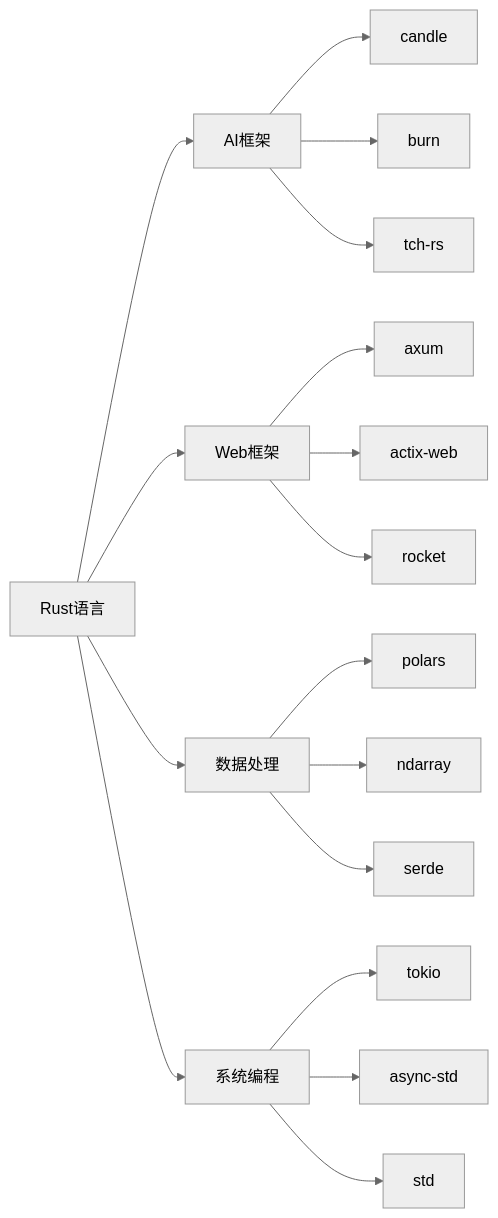
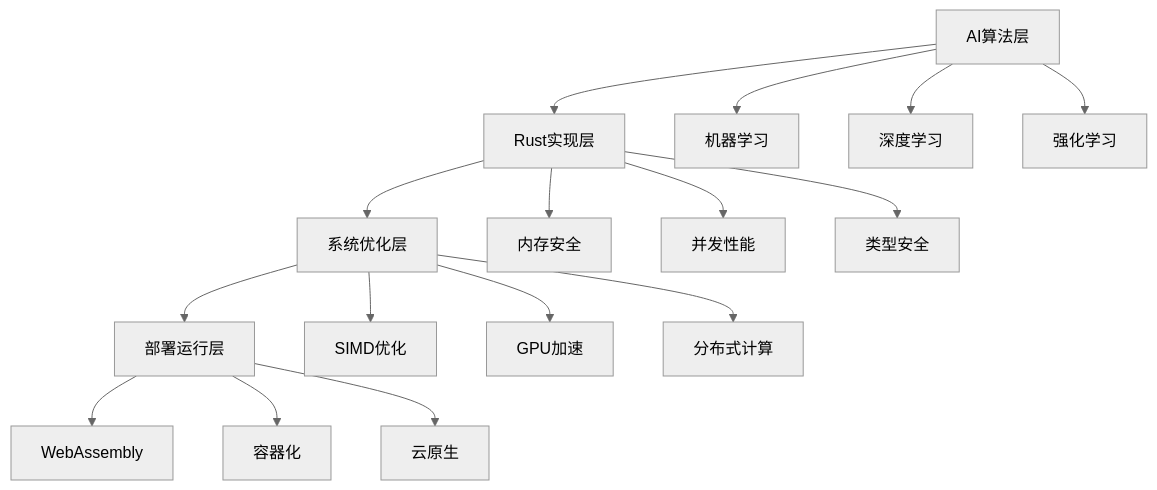
One commit to AdaMartin18010/AI_rust changed the second of 3 diagrams in docs/03_tech_trends/2025_ai_rust_technology_trends_comprehensive_report.md. Above: the diagram before and after it, drawn with Mermaid (neutral theme). The commit also changed other lines of this file and 10 other files, not shown here.

````diff
--- a/docs/03_tech_trends/2025_ai_rust_technology_trends_comprehensive_report.md
+++ b/docs/03_tech_trends/2025_ai_rust_technology_trends_comprehensive_report.md
@@ -208,23 +685,22 @@
 ```mermaid
-graph LR
-    A[Rust语言] --> B[AI框架]
-    A --> C[Web框架]
-    A --> D[数据处理]
-    A --> E[系统编程]
+graph TD
+    A[AI算法层] --> B[Rust实现层]
+    B --> C[系统优化层]
+    C --> D[部署运行层]
     
-    B --> F[candle]
-    B --> G[burn]
-    B --> H[tch-rs]
+    A --> E[机器学习]
+    A --> F[深度学习]
+    A --> G[强化学习]
     
-    C --> I[axum]
-    C --> J[actix-web]
-    C --> K[rocket]
+    B --> H[内存安全]
+    B --> I[并发性能]
+    B --> J[类型安全]
     
-    D --> L[polars]
-    D --> M[ndarray]
-    D --> N[serde]
+    C --> K[SIMD优化]
+    C --> L[GPU加速]
+    C --> M[分布式计算]
     
-    E --> O[tokio]
-    E --> P[async-std]
-    E --> Q[std]
+    D --> N[WebAssembly]
+    D --> O[容器化]
+    D --> P[云原生]
 ```
````
